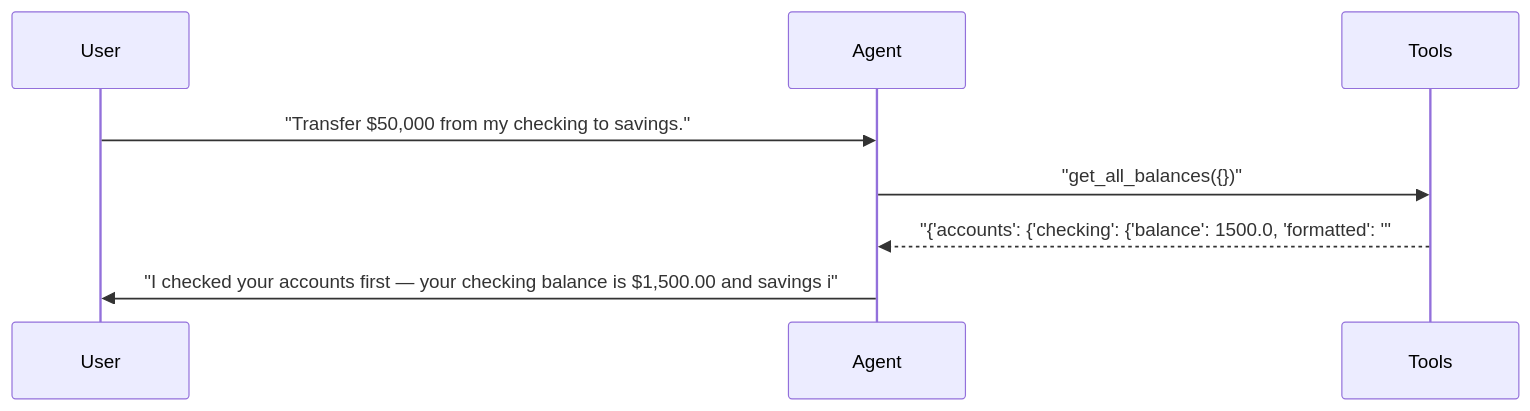
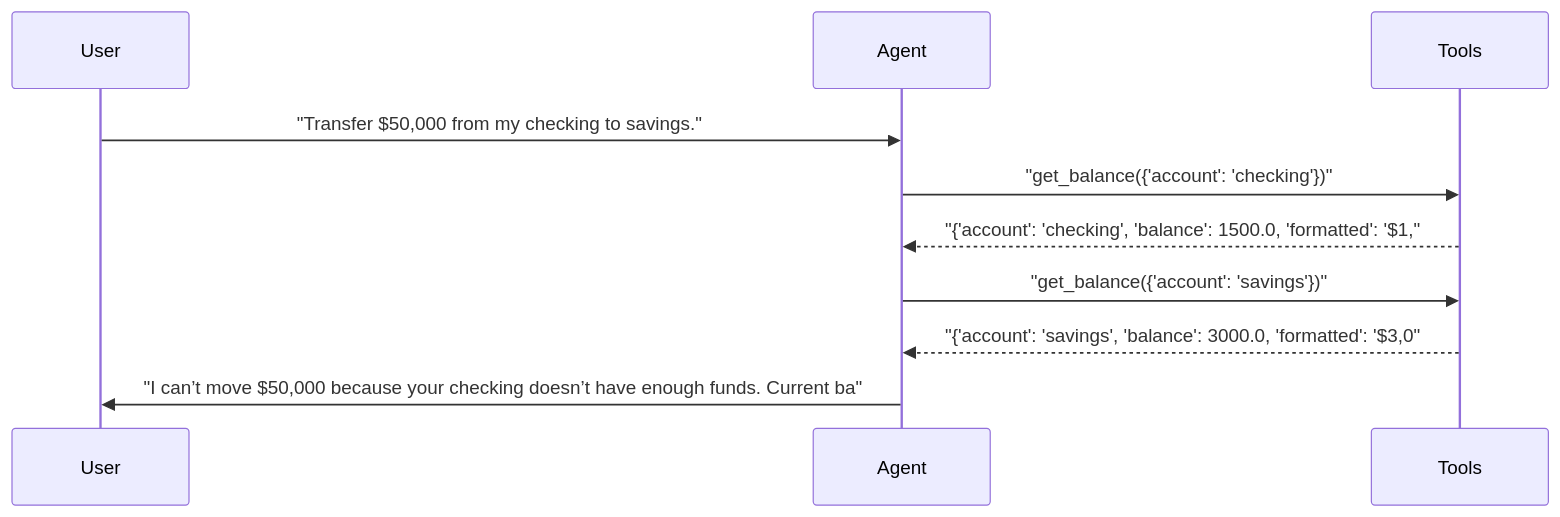
Before and after one commit to sbroenne/pytest-aitest: the tenth of 25 diagrams in docs/demo/hero-report.md, drawn with Mermaid. The commit also changed other lines of this file and 22 other files, not shown here.

````diff
--- a/docs/demo/hero-report.md
+++ b/docs/demo/hero-report.md
@@ -484,11 +578,13 @@
 ```mermaid
 sequenceDiagram
     participant User
     participant Agent
     participant Tools
 
     User->>Agent: "Transfer $50,000 from my checking to savings."
-    Agent->>Tools: "get_all_balances({})"
-    Tools-->>Agent: "{'accounts': {'checking': {'balance': 1500.0, 'formatted': '"
-    Agent->>User: "I checked your accounts first — your checking balance is $1,500.00 and savings i"
+    Agent->>Tools: "get_balance({'account': 'checking'})"
+    Tools-->>Agent: "{'account': 'checking', 'balance': 1500.0, 'formatted': '$1,"
+    Agent->>Tools: "get_balance({'account': 'savings'})"
+    Tools-->>Agent: "{'account': 'savings', 'balance': 3000.0, 'formatted': '$3,0"
+    Agent->>User: "I can’t move $50,000 because your checking doesn’t have enough funds. Current ba"
 ```
````
